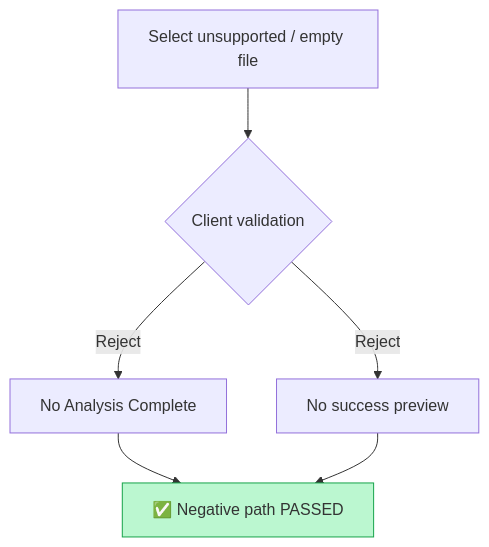
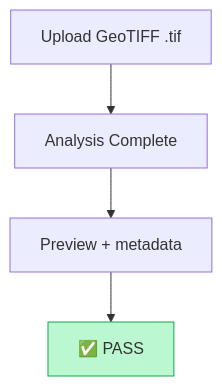
Before and after one commit to GeoWGS84-Testing/Mrsid-Extension: diagram 11 of 44 in README.md, drawn with Mermaid. The commit also changed other lines of this file, not shown here.

````diff
--- a/README.md
+++ b/README.md
@@ -277,10 +402,8 @@
 ```mermaid
 flowchart TD
-  A[Select unsupported / empty file] --> B{Client validation}
-  B -->|Reject| C[No Analysis Complete]
-  B -->|Reject| D[No success preview]
-  C --> E[✅ Negative path PASSED]
-  D --> E
+  A[Upload GeoTIFF .tif] --> B[Analysis Complete]
+  B --> C[Preview + metadata]
+  C --> P[✅ PASS]
 
-  style E fill:#bbf7d0,stroke:#16a34a
+  style P fill:#bbf7d0,stroke:#16a34a
 ```
````
